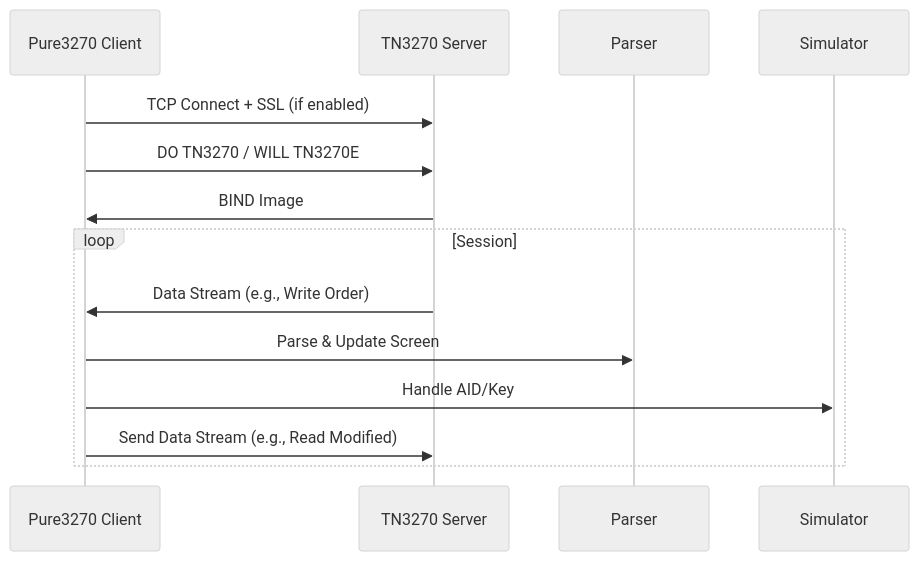
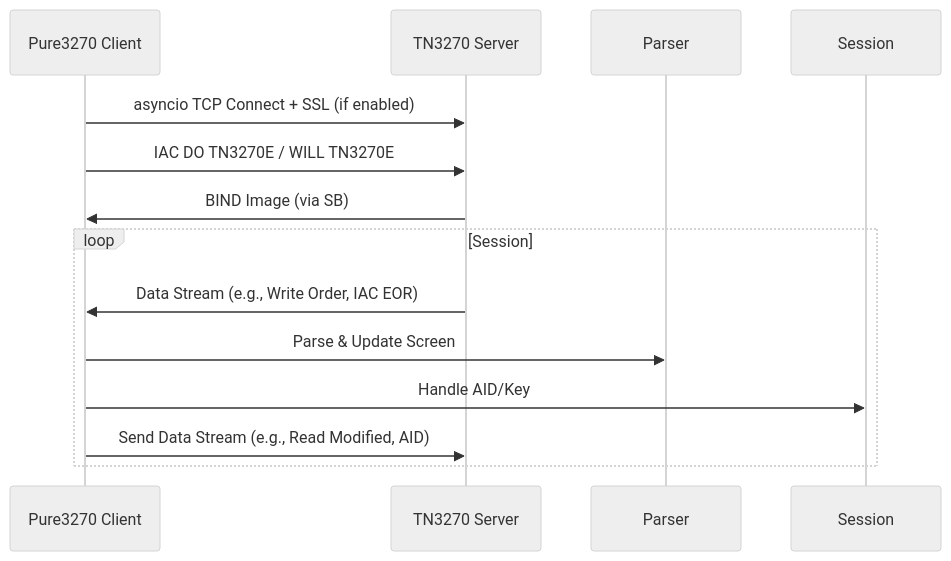
Before and after one commit to dtg01100/pure3270: the diagram in architecture.md, drawn with Mermaid (neutral theme). The commit also changed other lines of this file and 1 other file, not shown here.

````diff
--- a/architecture.md
+++ b/architecture.md
@@ -160,14 +160,14 @@
 ```mermaid
 sequenceDiagram
     participant Client as Pure3270 Client
     participant Server as TN3270 Server
-    Client->>Server: TCP Connect + SSL (if enabled)
-    Client->>Server: DO TN3270 / WILL TN3270E
-    Server->>Client: BIND Image
+    Client->>Server: asyncio TCP Connect + SSL (if enabled)
+    Client->>Server: IAC DO TN3270E / WILL TN3270E
+    Server->>Client: BIND Image (via SB)
     loop Session
-        Server->>Client: Data Stream (e.g., Write Order)
+        Server->>Client: Data Stream (e.g., Write Order, IAC EOR)
         Client->>Parser: Parse & Update Screen
-        Client->>Simulator: Handle AID/Key
-        Client->>Server: Send Data Stream (e.g., Read Modified)
+        Client->>Session: Handle AID/Key
+        Client->>Server: Send Data Stream (e.g., Read Modified, AID)
     end
 ```
````
